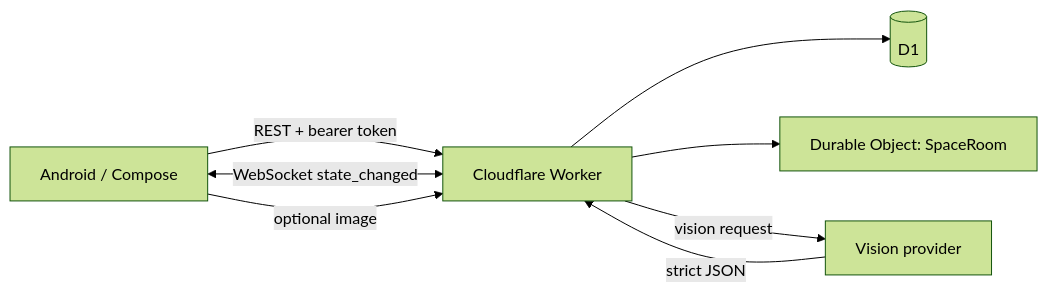
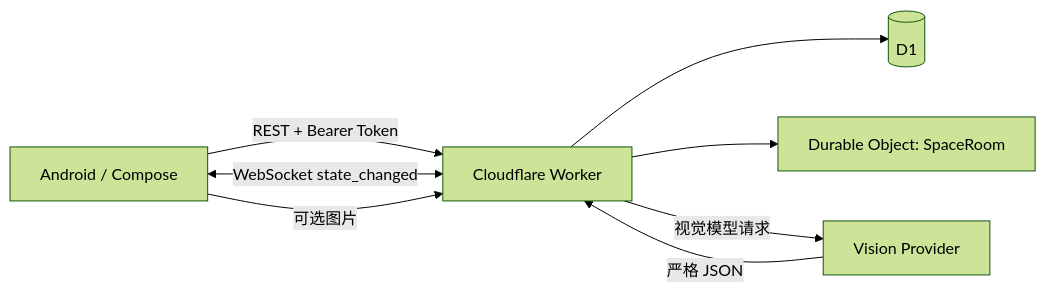
One commit to Xinghao2006/hepai changed the diagram in README.md. Above: the diagram before and after it, drawn with Mermaid (forest theme). The commit also changed other lines of this file and 1 other file, not shown here.

````diff
--- a/README.md
+++ b/README.md
@@ -33,10 +30,10 @@
 ```mermaid
 flowchart LR
-  A[Android / Compose] -->|REST + bearer token| B[Cloudflare Worker]
+  A[Android / Compose] -->|REST + Bearer Token| B[Cloudflare Worker]
   A <-->|WebSocket state_changed| B
   B --> C[(D1)]
   B --> D[Durable Object: SpaceRoom]
-  A -->|optional image| B
-  B -->|vision request| E[Vision provider]
-  E -->|strict JSON| B
+  A -->|可选图片| B
+  B -->|视觉模型请求| E[Vision Provider]
+  E -->|严格 JSON| B
 ```
````
